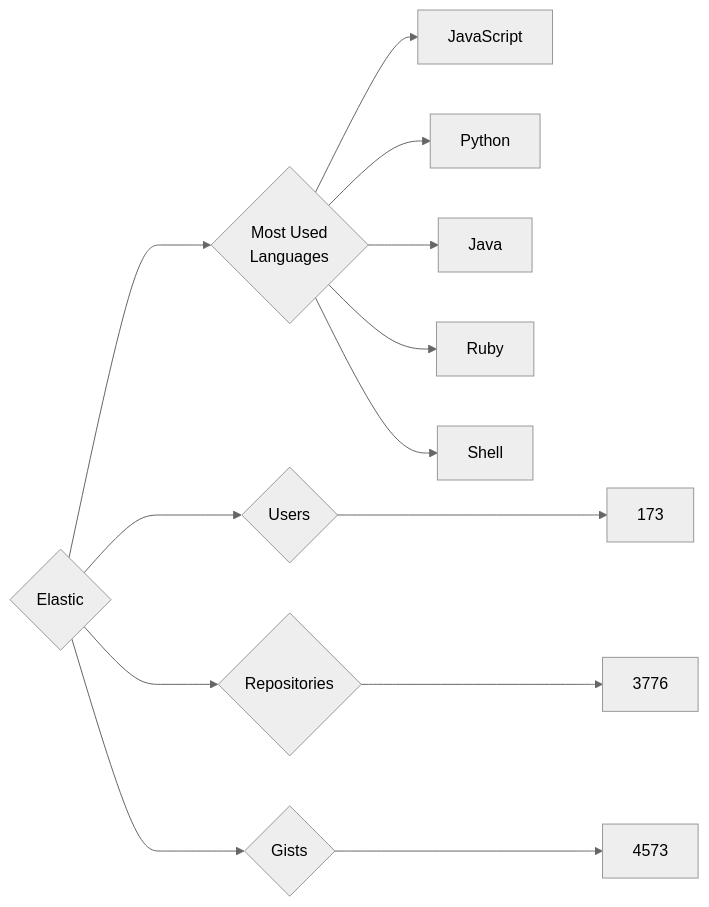
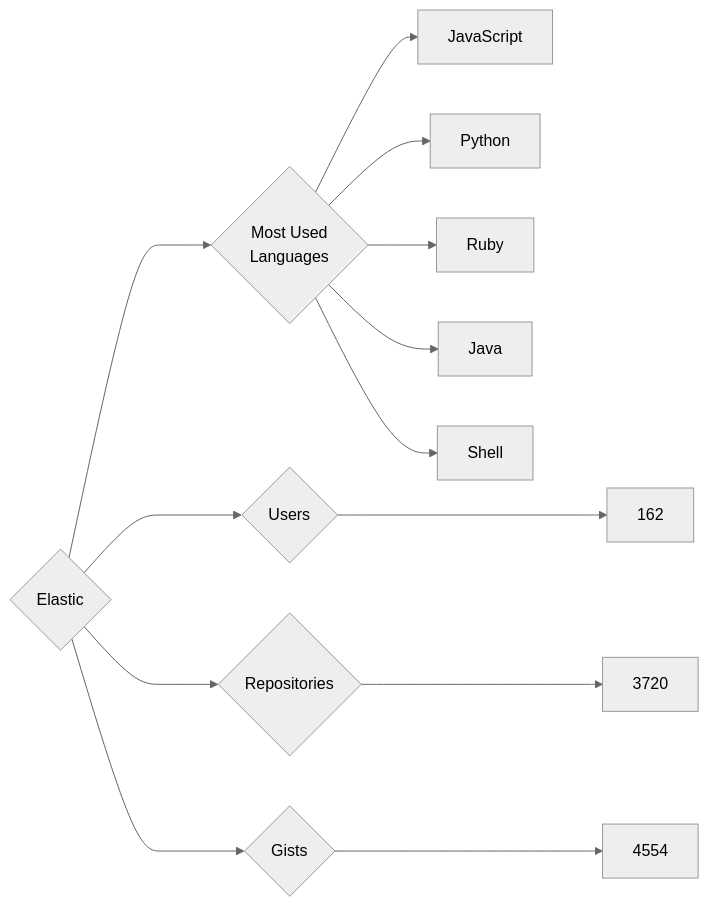
One commit to trickest/insiders changed the diagram in targets/Elastic/README.md. Above: the diagram before and after it, drawn with Mermaid (neutral theme). The commit also changed 927 other files, not shown here.

````diff
--- a/targets/Elastic/README.md
+++ b/targets/Elastic/README.md
@@ -3,13 +3,13 @@
 ```mermaid
 graph LR
 COMPANY_NAME{Elastic}
-COMPANY_NAME ---> U{Users} ---> UN[173]
-COMPANY_NAME ---> R{Repositories} ---> RN[3776]
-COMPANY_NAME ---> G{Gists} ---> GN[4573]
+COMPANY_NAME ---> U{Users} ---> UN[162]
+COMPANY_NAME ---> R{Repositories} ---> RN[3720]
+COMPANY_NAME ---> G{Gists} ---> GN[4554]
 COMPANY_NAME ---> ML{Most Used<br>Languages}
 ML --> JavaScript[JavaScript]
 ML --> Python[Python]
+ML --> Ruby[Ruby]
 ML --> Java[Java]
-ML --> Ruby[Ruby]
 ML --> Shell[Shell]
 ```
````
